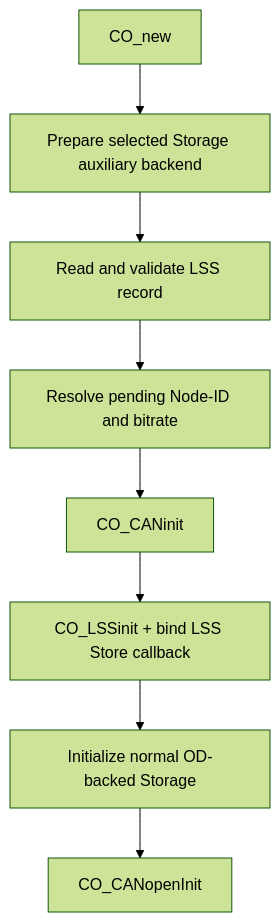
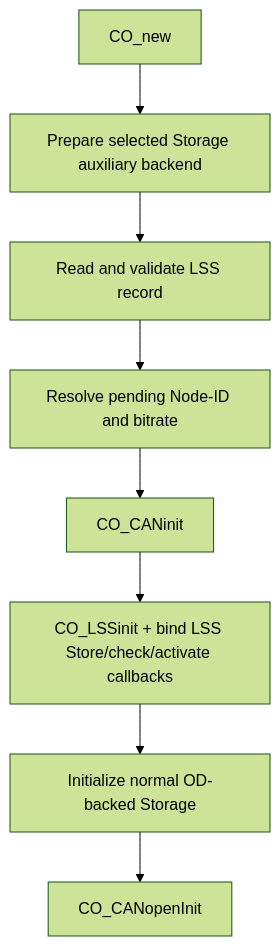
Before and after one commit to wdfk-prog/canopennode-rtt: the diagram in docs/en/lss-persistence.md, drawn with Mermaid (forest theme). The commit also changed other lines of this file and 6 other files, not shown here.

````diff
--- a/docs/en/lss-persistence.md
+++ b/docs/en/lss-persistence.md
@@ -9,10 +9,10 @@
 ```mermaid
 flowchart TD
     A[CO_new] --> B[Prepare selected Storage auxiliary backend]
     B --> C[Read and validate LSS record]
     C --> D[Resolve pending Node-ID and bitrate]
     D --> E[CO_CANinit]
-    E --> F[CO_LSSinit + bind LSS Store callback]
+    E --> F[CO_LSSinit + bind LSS Store/check/activate callbacks]
     F --> G[Initialize normal OD-backed Storage]
     G --> H[CO_CANopenInit]
 ```
````
